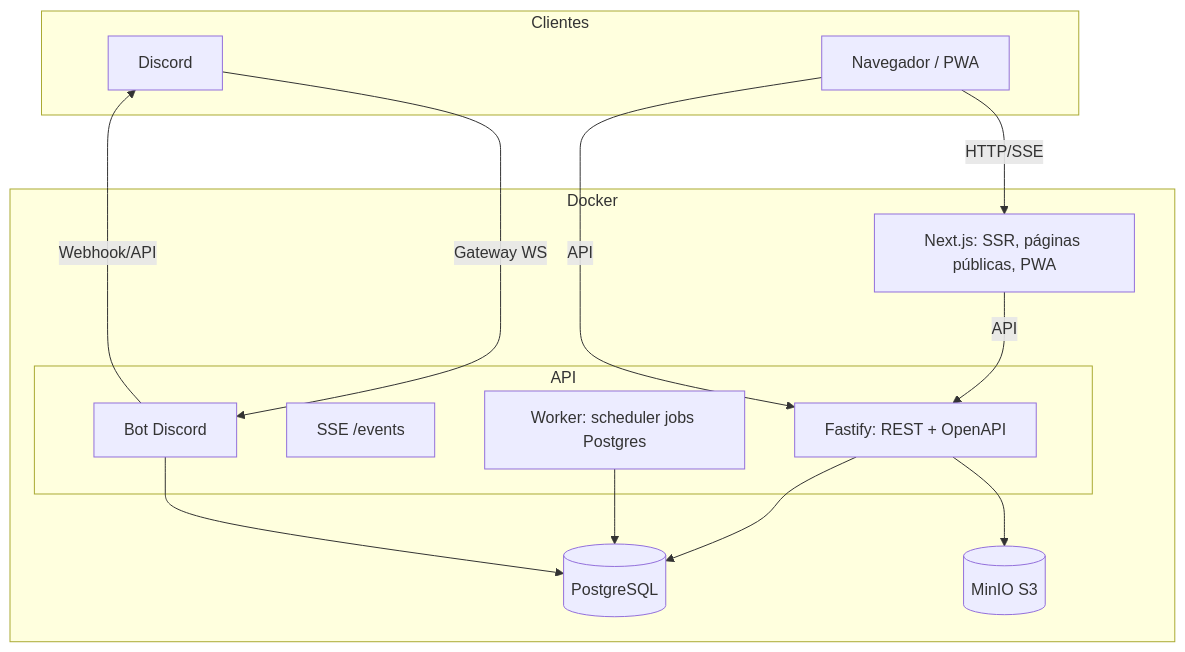
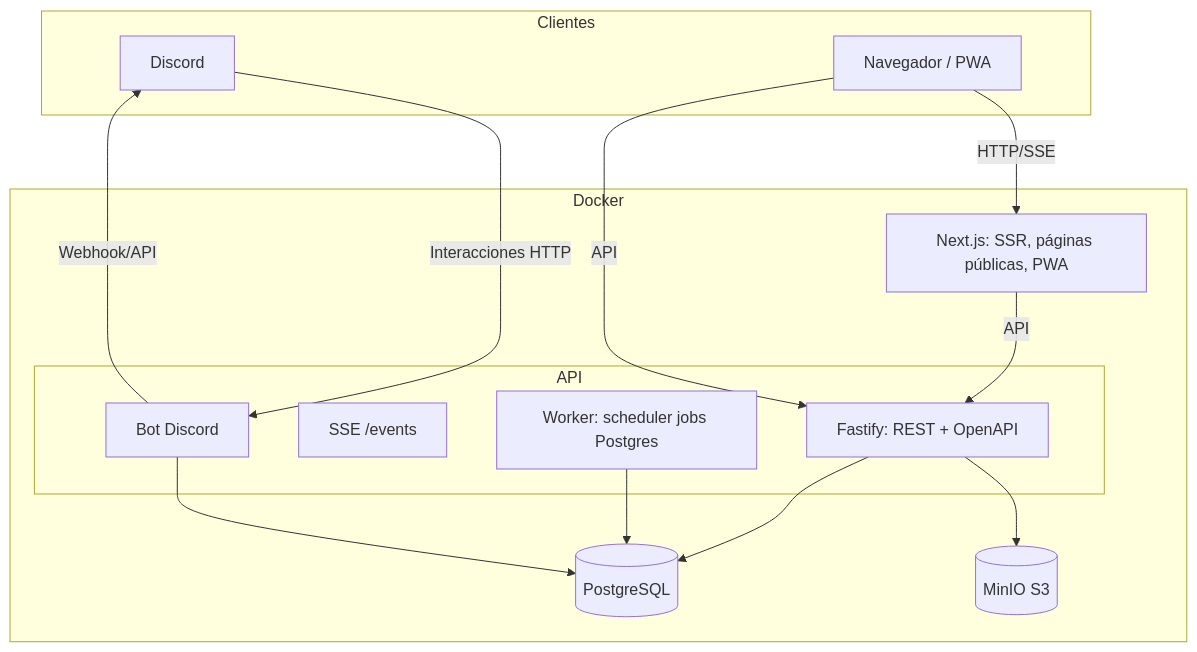
The first of 3 diagrams in docs/ARCHITECTURE.md (Dieguezar/opentournament), drawn with Mermaid before and after one commit. The commit also changed 35 other files, not shown here.

````diff
--- a/docs/ARCHITECTURE.md
+++ b/docs/ARCHITECTURE.md
@@ -7,27 +7,27 @@
 ```mermaid
 flowchart TB
   subgraph Clientes
     B[Navegador / PWA]
     D[Discord]
   end
   subgraph Docker
     subgraph API
       F[Fastify: REST + OpenAPI]
       S[SSE /events]
       W[Worker: scheduler jobs Postgres]
       Bot[Bot Discord]
     end
     Web[Next.js: SSR, páginas públicas, PWA]
     PG[(PostgreSQL)]
     M[(MinIO S3)]
   end
   B -->|HTTP/SSE| Web
   Web -->|API| F
   B -->|API| F
-  D -->|Gateway WS| Bot
+  D -->|Interacciones HTTP| Bot
   F --> PG
   W --> PG
   Bot --> PG
   F --> M
   Bot -->|Webhook/API| D
 ```
````
